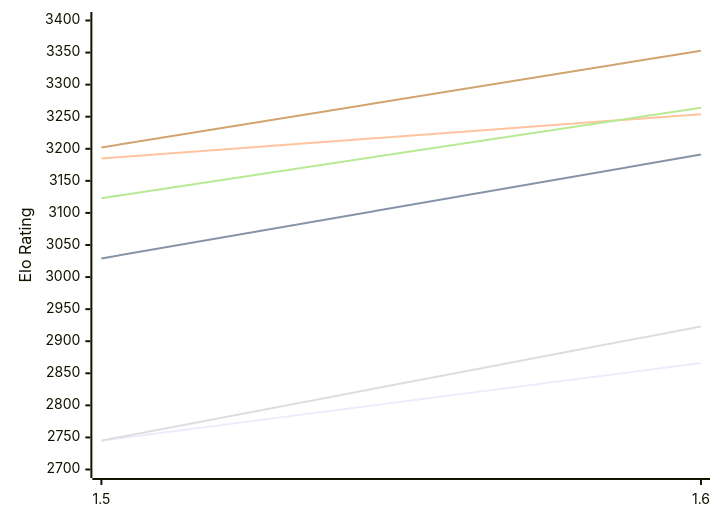
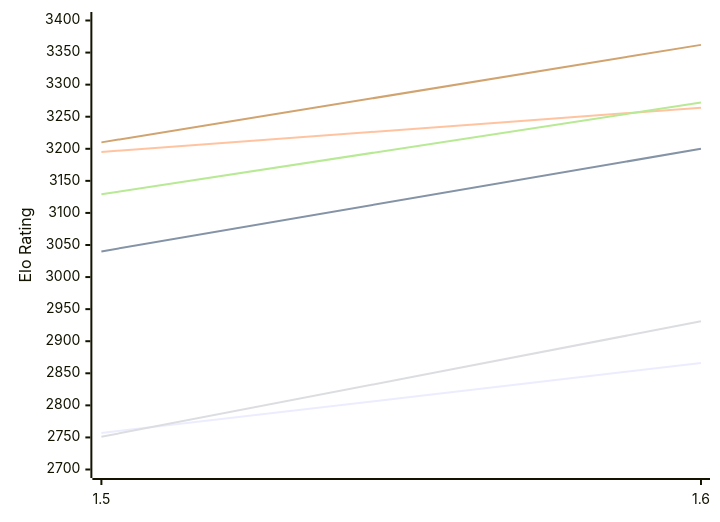
The first of 2 diagrams in engines/Yakka.md (computer-chess-index/cci), drawn with Mermaid before and after one commit. The commit also changed other lines of this file, not shown here.

Commit message:
Update CCI Ratings (ELO VLTC) - 2026-10-25

````diff
--- a/engines/Yakka.md
+++ b/engines/Yakka.md
@@ -51,12 +51,12 @@
 ```mermaid
 %%{init: {"theme":"base","themeVariables":{"seriesColors:['#a3a3a3','#222221','#faa371']}}}%%
 xychart-beta
   x-axis ["1.5", "1.6"]
   y-axis "Elo Rating" 2700 --> 3400
-  line "E1: STC (8.0+0.08s)" [2745, 2866]
-  line "E1: LTC (60.0+0.60s)" [3029, 3191]
-  line "E1: VLTC (2m24s+1.12s)" [3185, 3254]
-  line "P1: STC (8.0+0.08s)" [2745, 2923]
-  line "P1: LTC (60.0+0.60s)" [3123, 3264]
-  line "P1: VLTC (2m24s+1.12s)" [3202, 3353]
+  line "E1: STC (8.0+0.08s)" [2757, 2866]
+  line "E1: LTC (60.0+0.60s)" [3040, 3200]
+  line "E1: VLTC (2m24s+1.12s)" [3195, 3264]
+  line "P1: STC (8.0+0.08s)" [2751, 2931]
+  line "P1: LTC (60.0+0.60s)" [3129, 3272]
+  line "P1: VLTC (2m24s+1.12s)" [3210, 3362]
 ```
````
